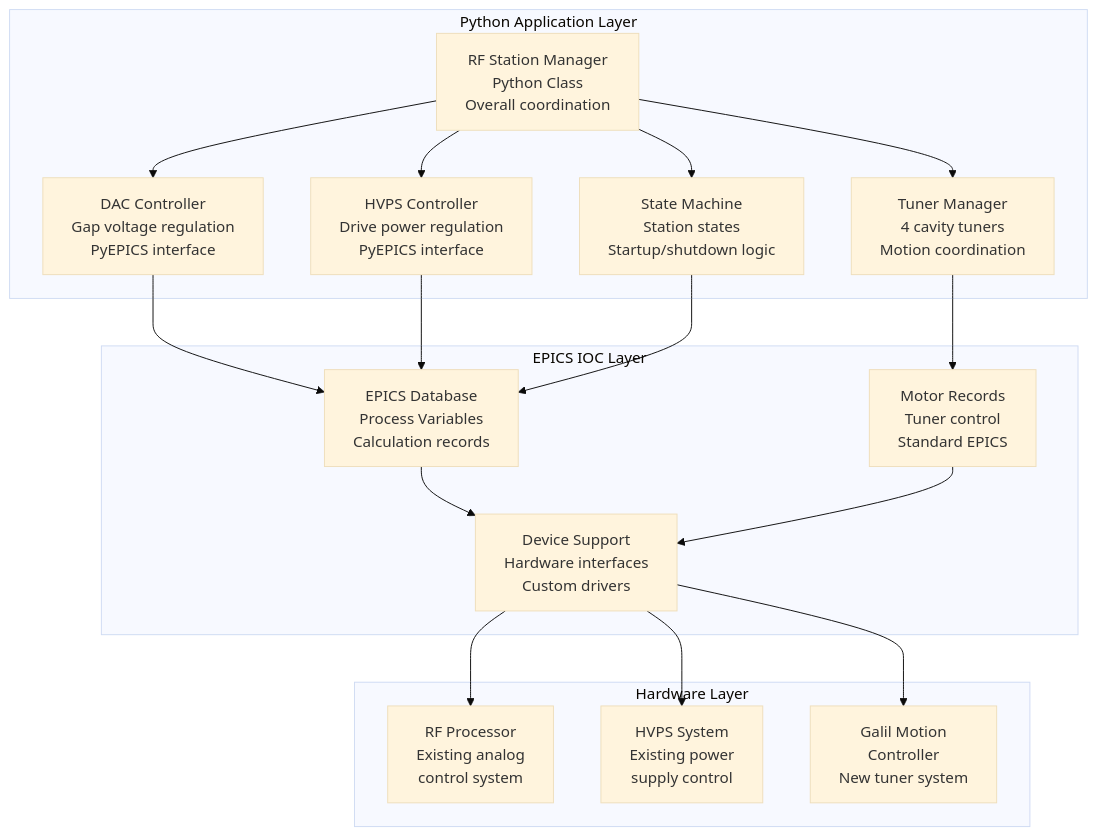
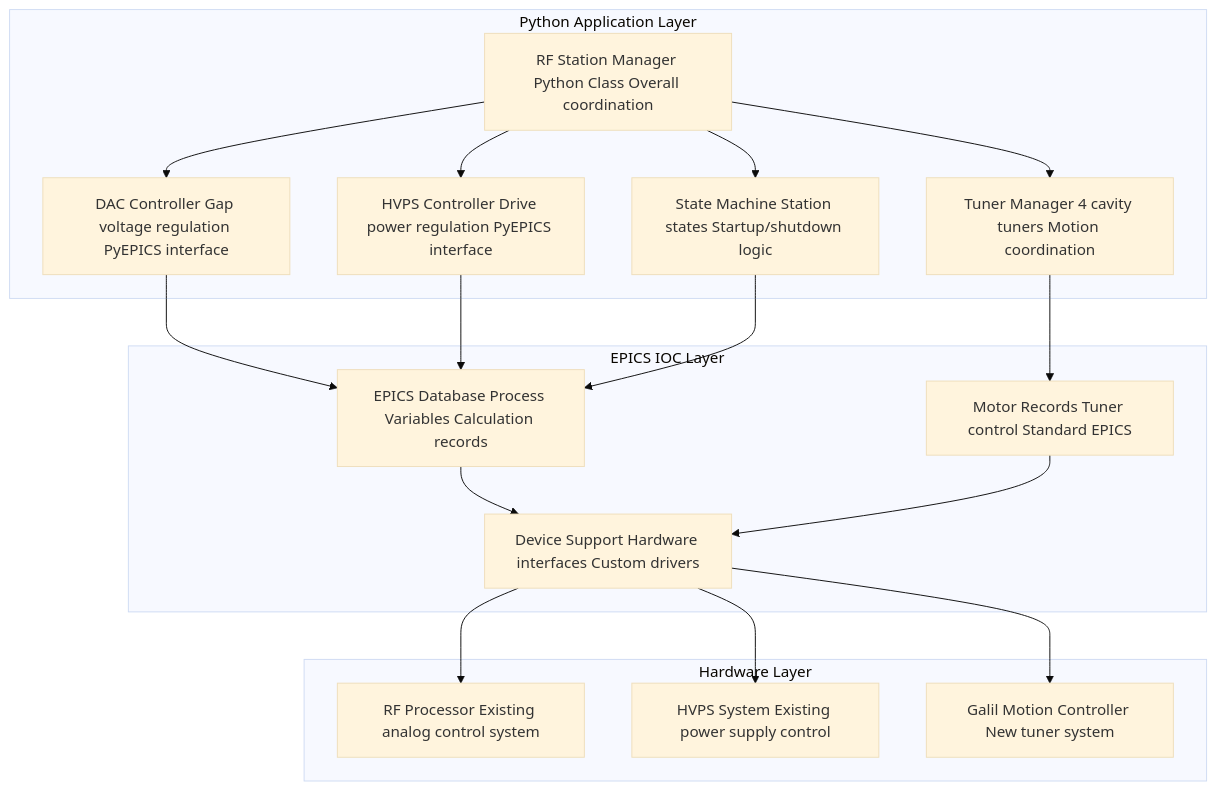
One commit to fayaw/spearlegacyLLRF changed diagram 16 of 18 in SPEAR3_LLRF_COMPREHENSIVE_ANALYSIS.md. Above: the diagram before and after it, drawn with Mermaid (base theme). The commit also changed other lines of this file, not shown here.

First line of the commit message:
Fix Mermaid diagram syntax errors

````diff
--- a/SPEAR3_LLRF_COMPREHENSIVE_ANALYSIS.md
+++ b/SPEAR3_LLRF_COMPREHENSIVE_ANALYSIS.md
@@ -813,47 +813,47 @@
 ```mermaid
 graph TB
-    subgraph "Python Application Layer"
-        RF_Station[RF Station Manager<br/>Python Class<br/>Overall coordination]
-        
-        DAC_Controller[DAC Controller<br/>Gap voltage regulation<br/>PyEPICS interface]
-        
-        HVPS_Controller[HVPS Controller<br/>Drive power regulation<br/>PyEPICS interface]
-        
-        Tuner_Manager[Tuner Manager<br/>4 cavity tuners<br/>Motion coordination]
-        
-        State_Machine[State Machine<br/>Station states<br/>Startup/shutdown logic]
-    end
-    
-    subgraph "EPICS IOC Layer"
-        Database[EPICS Database<br/>Process Variables<br/>Calculation records]
-        
-        Motor_Records[Motor Records<br/>Tuner control<br/>Standard EPICS]
-        
-        Device_Support[Device Support<br/>Hardware interfaces<br/>Custom drivers]
-    end
-    
-    subgraph "Hardware Layer"
-        RFP_Module[RF Processor<br/>Existing analog<br/>control system]
-        
-        HVPS_System[HVPS System<br/>Existing power<br/>supply control]
-        
-        Galil_System[Galil Motion<br/>Controller<br/>New tuner system]
-    end
-    
-    RF_Station --> DAC_Controller
-    RF_Station --> HVPS_Controller
-    RF_Station --> Tuner_Manager
-    RF_Station --> State_Machine
-    
-    DAC_Controller --> Database
-    HVPS_Controller --> Database
-    Tuner_Manager --> Motor_Records
-    State_Machine --> Database
-    
-    Database --> Device_Support
-    Motor_Records --> Device_Support
-    
-    Device_Support --> RFP_Module
-    Device_Support --> HVPS_System
-    Device_Support --> Galil_System
+ subgraph "Python Application Layer"
+ RF_Station[RF Station Manager Python Class Overall coordination]
+ 
+ DAC_Controller[DAC Controller Gap voltage regulation PyEPICS interface]
+ 
+ HVPS_Controller[HVPS Controller Drive power regulation PyEPICS interface]
+ 
+ Tuner_Manager[Tuner Manager 4 cavity tuners Motion coordination]
+ 
+ State_Machine[State Machine Station states Startup/shutdown logic]
+ end
+ 
+ subgraph "EPICS IOC Layer"
+ Database[EPICS Database Process Variables Calculation records]
+ 
+ Motor_Records[Motor Records Tuner control Standard EPICS]
+ 
+ Device_Support[Device Support Hardware interfaces Custom drivers]
+ end
+ 
+ subgraph "Hardware Layer"
+ RFP_Module[RF Processor Existing analog control system]
+ 
+ HVPS_System[HVPS System Existing power supply control]
+ 
+ Galil_System[Galil Motion Controller New tuner system]
+ end
+ 
+ RF_Station --> DAC_Controller
+ RF_Station --> HVPS_Controller
+ RF_Station --> Tuner_Manager
+ RF_Station --> State_Machine
+ 
+ DAC_Controller --> Database
+ HVPS_Controller --> Database
+ Tuner_Manager --> Motor_Records
+ State_Machine --> Database
+ 
+ Database --> Device_Support
+ Motor_Records --> Device_Support
+ 
+ Device_Support --> RFP_Module
+ Device_Support --> HVPS_System
+ Device_Support --> Galil_System
 ```
````
